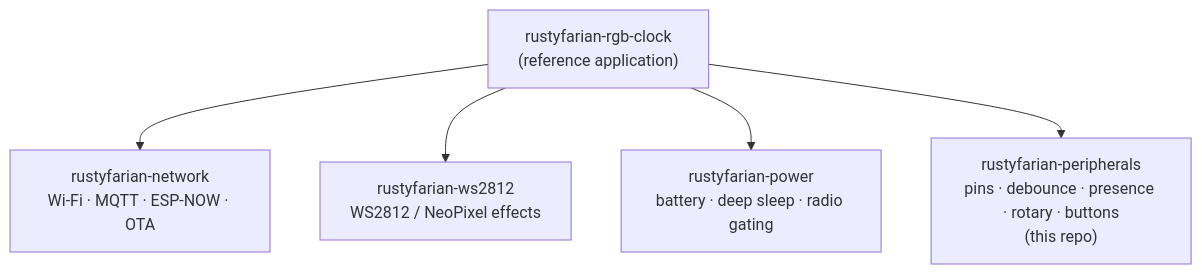
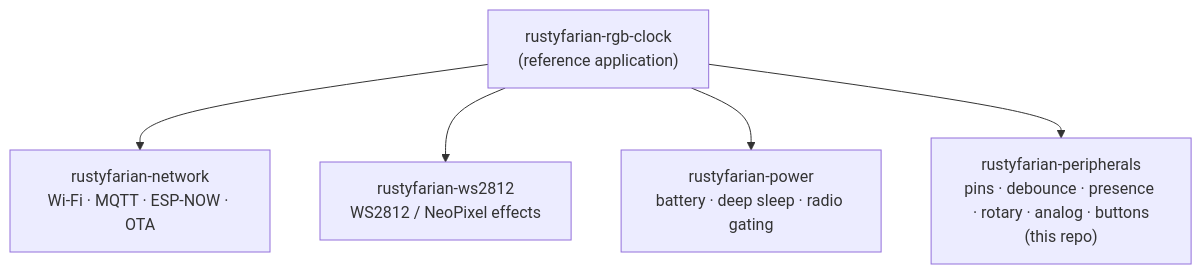
One commit to datenkollektiv/rustyfarian-peripherals changed the diagram in README.md. Above: the diagram before and after it, drawn with Mermaid. The commit also changed other lines of this file and 10 other files, not shown here.

````diff
--- a/README.md
+++ b/README.md
@@ -30,12 +30,12 @@
 ```mermaid
 graph TD
     app["rustyfarian-rgb-clock<br/>(reference application)"]
     net["rustyfarian-network<br/>Wi-Fi · MQTT · ESP-NOW · OTA"]
     leds["rustyfarian-ws2812<br/>WS2812 / NeoPixel effects"]
     pwr["rustyfarian-power<br/>battery · deep sleep · radio gating"]
-    periph["rustyfarian-peripherals<br/>pins · debounce · presence · rotary · buttons<br/>(this repo)"]
+    periph["rustyfarian-peripherals<br/>pins · debounce · presence · rotary · analog · buttons<br/>(this repo)"]
     app --> net
     app --> leds
     app --> pwr
     app --> periph
 ```
````
